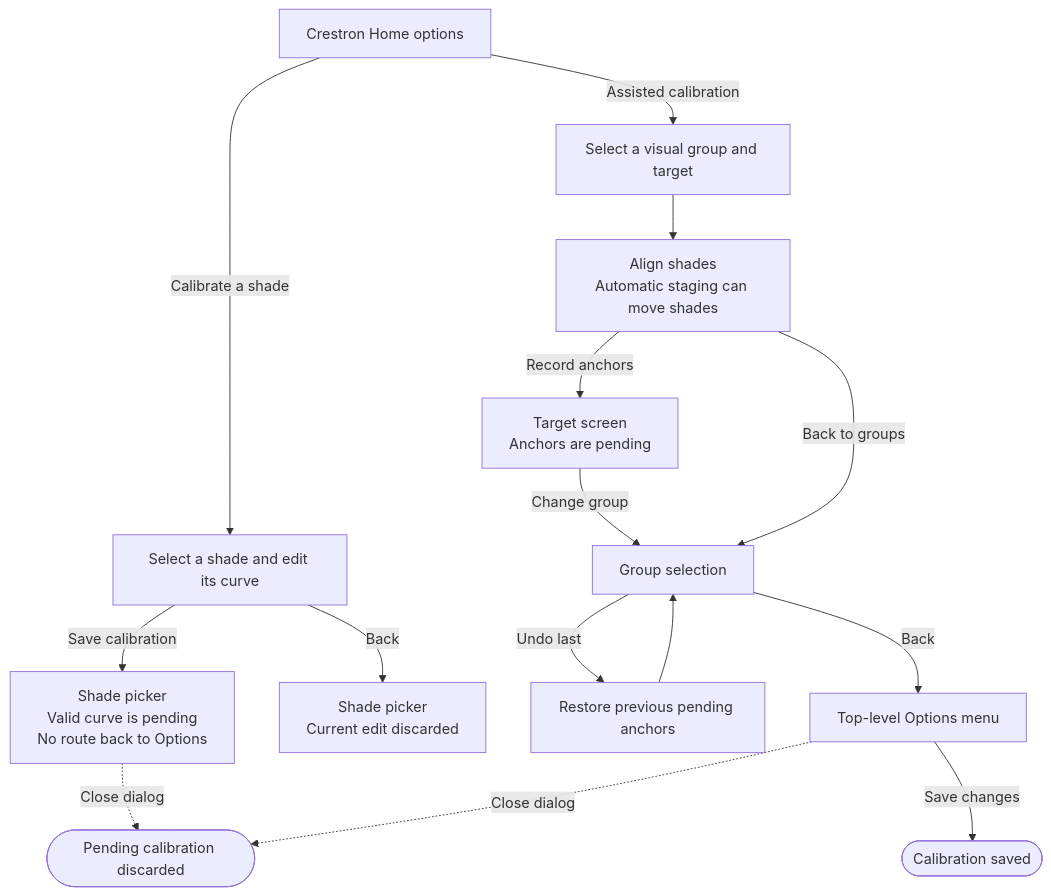
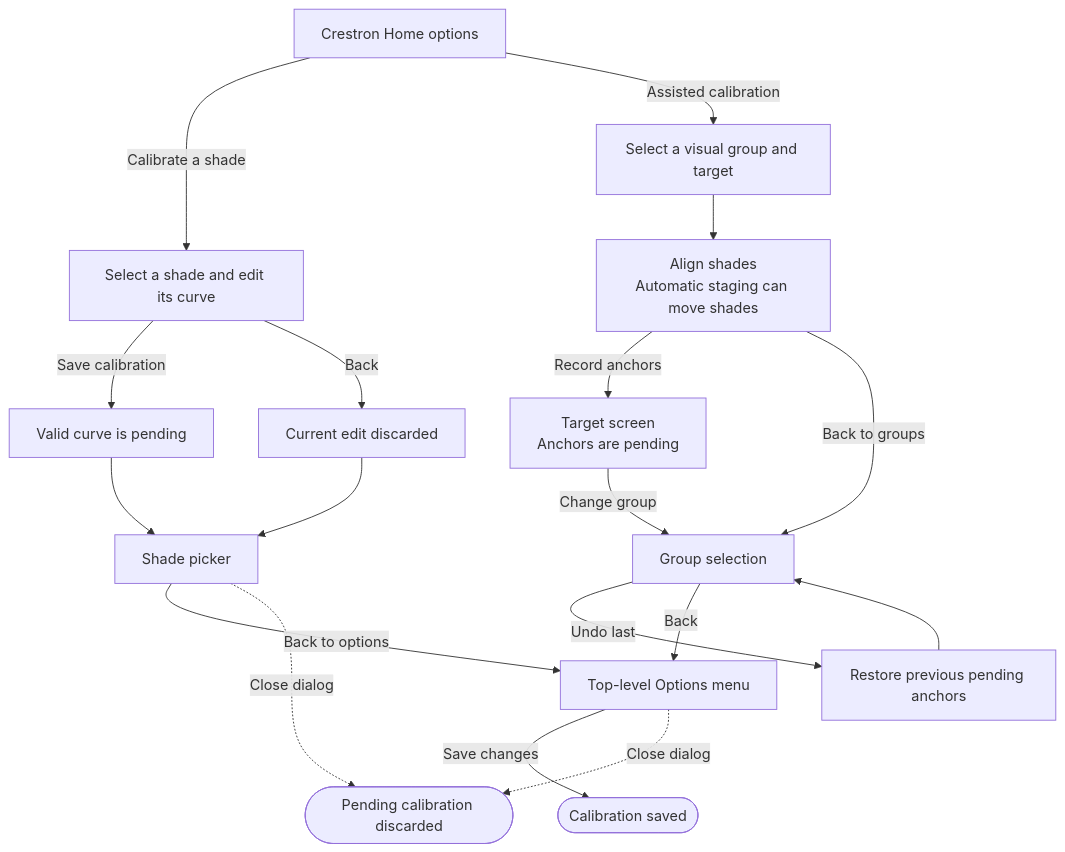
Before and after one commit to sharwell/ha-crestron-home: the diagram in docs/OPTIONS_FLOW.md, drawn with Mermaid. The commit also changed other lines of this file and 6 other files, not shown here.

First line of the commit message:
fix(options): let manual calibration finish

````diff
--- a/docs/OPTIONS_FLOW.md
+++ b/docs/OPTIONS_FLOW.md
@@ -11,22 +11,25 @@
 ```mermaid
 flowchart TD
     accTitle: Calibration save and exit paths
-    accDescr: Manual edits stay pending at the shade picker, which has no route back to Options. For assisted calibration, return through group selection and choose Save changes. Closing the dialog discards pending edits.
+    accDescr: Manual edits return through the shade picker. Assisted edits return through group selection. Save changes on the top-level Options menu commits pending edits. Closing the dialog discards them.
 
     options["Crestron Home options"]
     options -->|Calibrate a shade| manual["Select a shade and edit its curve"]
-    manual -->|Save calibration| picker["Shade picker<br/>Valid curve is pending<br/>No route back to Options"]
-    manual -->|Back| discardEdit["Shade picker<br/>Current edit discarded"]
+    manual -->|Save calibration| pendingCurve["Valid curve is pending"]
+    manual -->|Back| discardEdit["Current edit discarded"]
+    pendingCurve --> picker["Shade picker"]
+    discardEdit --> picker
+    picker -->|Back to options| optionsMenu
     picker -.->|Close dialog| discarded(["Pending calibration discarded"])
 
     options -->|Assisted calibration| start["Select a visual group and target"]
     start --> align["Align shades<br/>Automatic staging can move shades"]
     align -->|Record anchors| target["Target screen<br/>Anchors are pending"]
     target -->|Change group| groups["Group selection"]
     align -->|Back to groups| groups
     groups -->|Undo last| restored["Restore previous pending anchors"]
     restored --> groups
     groups -->|Back| optionsMenu["Top-level Options menu"]
     optionsMenu -->|Save changes| saved(["Calibration saved"])
     optionsMenu -.->|Close dialog| discarded
 ```
````
